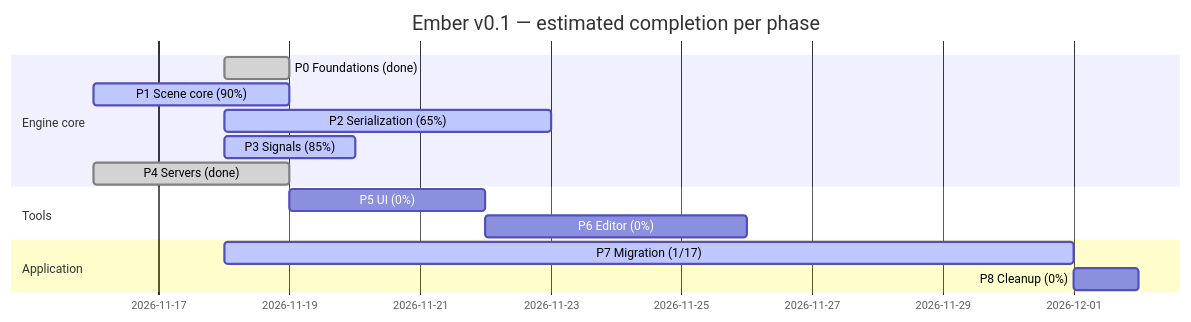
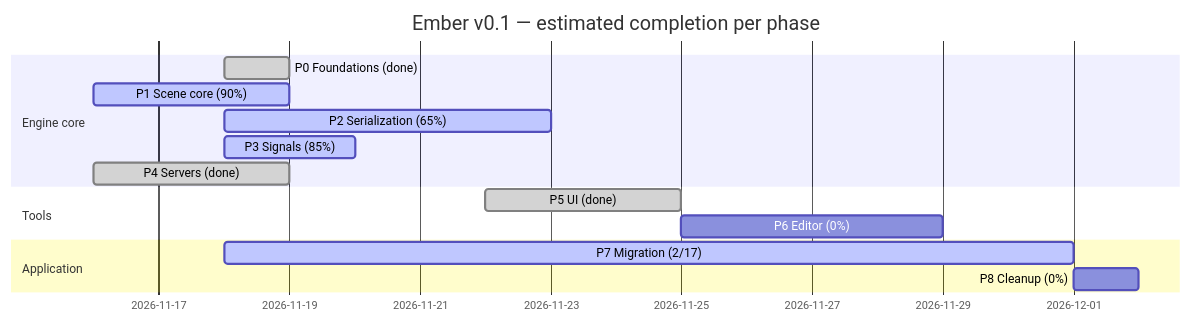
Before and after one commit to titouanthd/ember: the diagram in ember-vault/60 Progress/Roadmap Tracker.md, drawn with Mermaid. The commit also changed other lines of this file and 4 other files, not shown here.

First line of the commit message:
doc(vault-roadmap): Close Phase 5 and record the Simon migration

````diff
--- a/ember-vault/60 Progress/Roadmap Tracker.md
+++ b/ember-vault/60 Progress/Roadmap Tracker.md
@@ -11,17 +11,17 @@
 ```mermaid
 gantt
   dateFormat YYYY-MM-DD
   title Ember v0.1 — estimated completion per phase
   section Engine core
   P0 Foundations (done)  :done, p0, 2026-11-18, 1d
   P1 Scene core (90%)    :active, p1, 2026-11-16, 3d
   P2 Serialization (65%) :active, p2, 2026-11-18, 5d
   P3 Signals (85%)       :active, p3, 2026-11-18, 2d
   P4 Servers (done)      :done, p4, 2026-11-16, 3d
   section Tools
-  P5 UI (0%)             :p5, after p4, 3d
+  P5 UI (done)           :done, p5, 2026-11-22, 3d
   P6 Editor (0%)         :p6, after p5, 4d
   section Application
-  P7 Migration (1/17)    :active, p7, 2026-11-18, 13d
+  P7 Migration (2/17)    :active, p7, 2026-11-18, 13d
   P8 Cleanup (0%)        :p8, after p7, 1d
 ```
````
